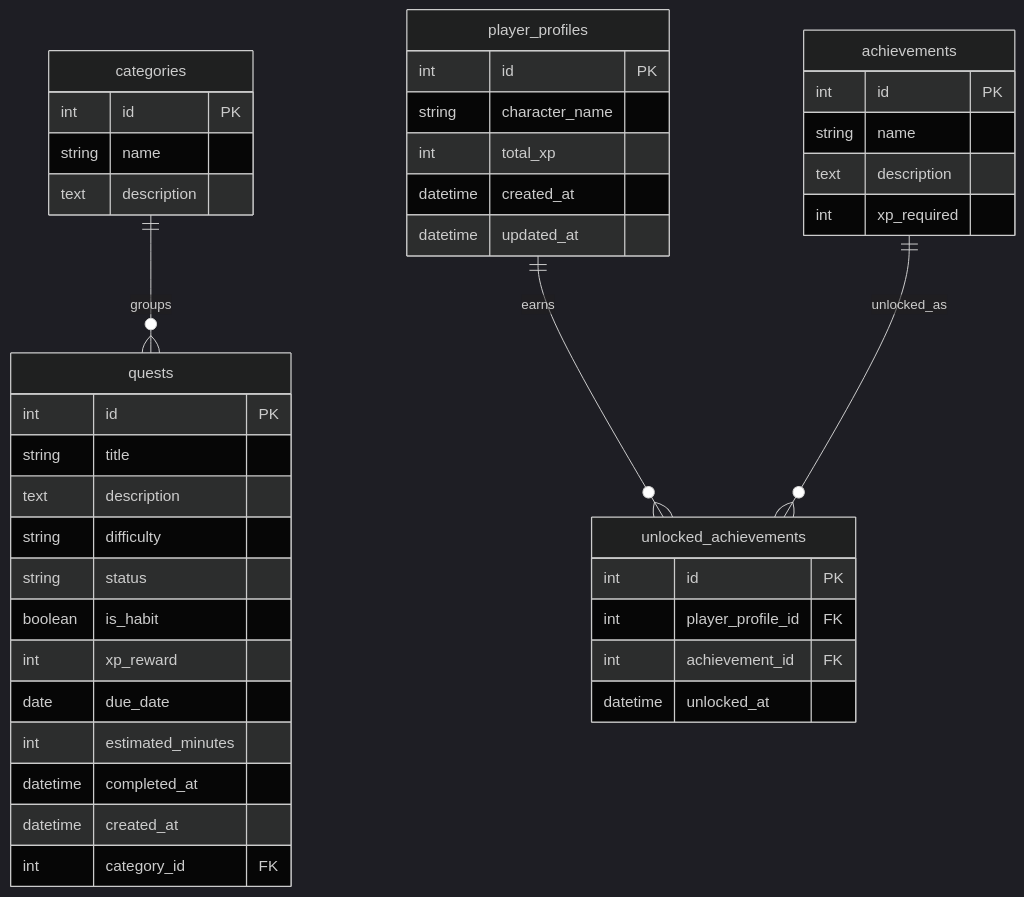
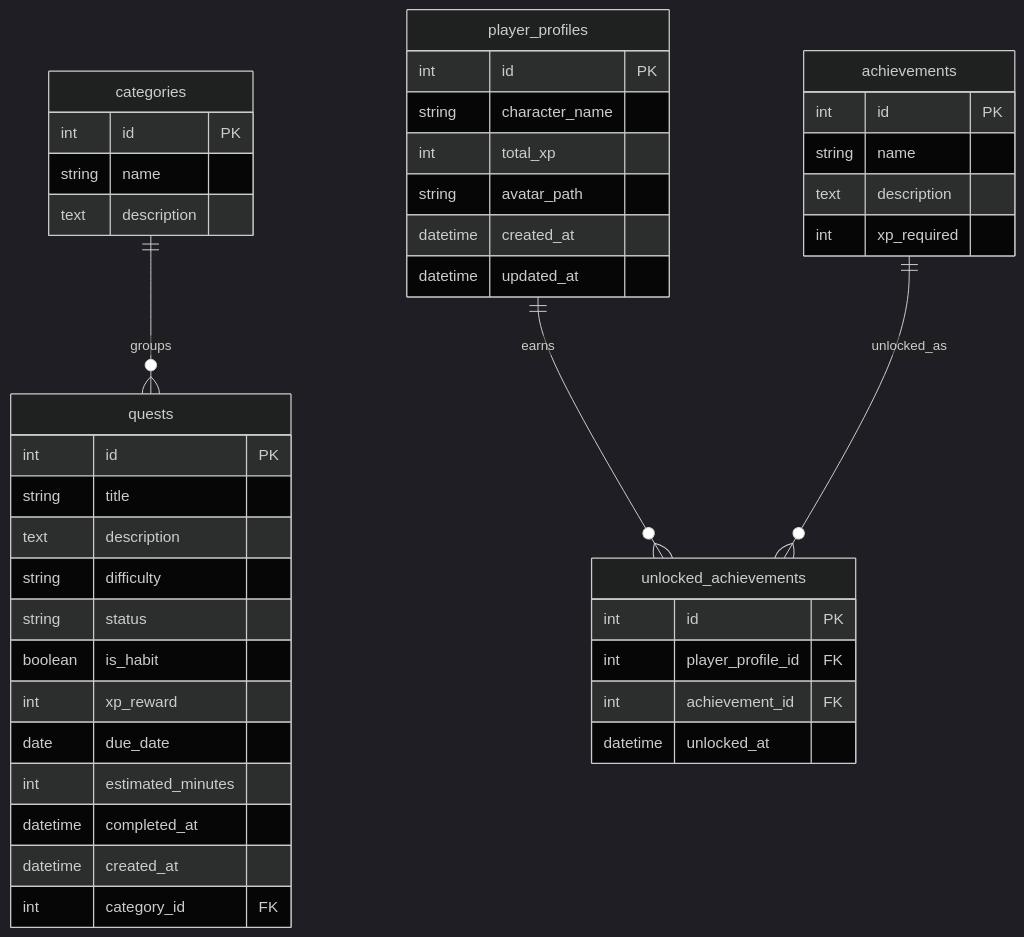
Before and after one commit to BaseMar/habit-quest-analytics: the diagram in docs/data_model.md, drawn with Mermaid (dark theme). The commit also changed other lines of this file and 11 other files, not shown here.

````diff
--- a/docs/data_model.md
+++ b/docs/data_model.md
@@ -94,49 +95,50 @@
 ```mermaid
 erDiagram
     categories ||--o{ quests : groups
     player_profiles ||--o{ unlocked_achievements : earns
     achievements ||--o{ unlocked_achievements : unlocked_as
 
     categories {
         int id PK
         string name
         text description
     }
 
     quests {
         int id PK
         string title
         text description
         string difficulty
         string status
         boolean is_habit
         int xp_reward
         date due_date
         int estimated_minutes
         datetime completed_at
         datetime created_at
         int category_id FK
     }
 
     player_profiles {
         int id PK
         string character_name
         int total_xp
+        string avatar_path
         datetime created_at
         datetime updated_at
     }
 
     achievements {
         int id PK
         string name
         text description
         int xp_required
     }
 
     unlocked_achievements {
         int id PK
         int player_profile_id FK
         int achievement_id FK
         datetime unlocked_at
     }
 ```
````
